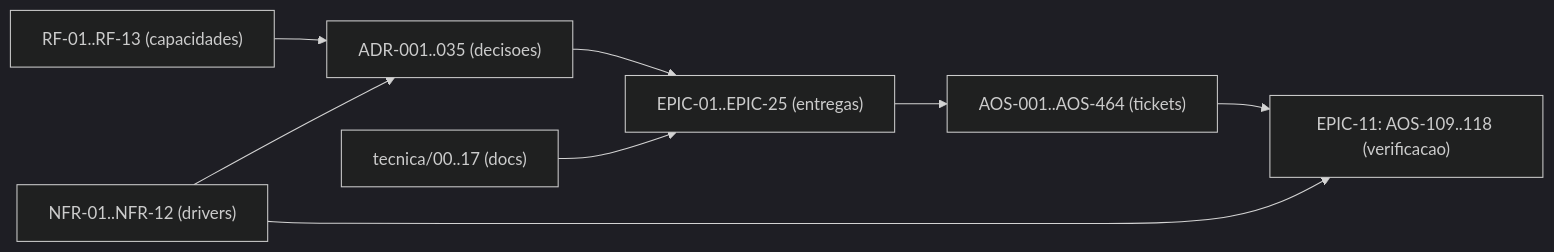
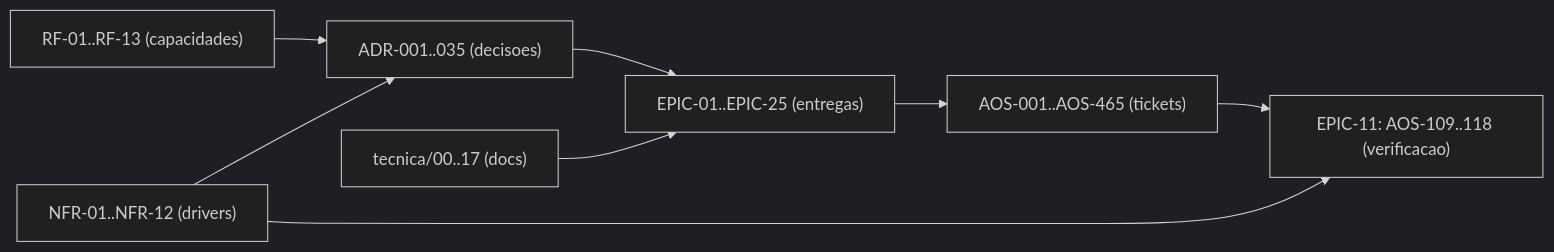
One commit to albinoJimy/aos changed the diagram in tecnica/16_Rastreabilidade_RTM.md. Above: the diagram before and after it, drawn with Mermaid (dark theme). The commit also changed other lines of this file and 9 other files, not shown here.

````diff
--- a/tecnica/16_Rastreabilidade_RTM.md
+++ b/tecnica/16_Rastreabilidade_RTM.md
@@ -200,10 +200,10 @@
 ```mermaid
 flowchart LR
     RF["RF-01..RF-13 (capacidades)"] --> ADR["ADR-001..035 (decisoes)"]
     NFR["NFR-01..NFR-12 (drivers)"] --> ADR
     ADR --> EPIC["EPIC-01..EPIC-25 (entregas)"]
-    EPIC --> TICK["AOS-001..AOS-464 (tickets)"]
+    EPIC --> TICK["AOS-001..AOS-465 (tickets)"]
     DOC["tecnica/00..17 (docs)"] --> EPIC
     TICK --> TEST["EPIC-11: AOS-109..118 (verificacao)"]
     NFR --> TEST
 ```
````
